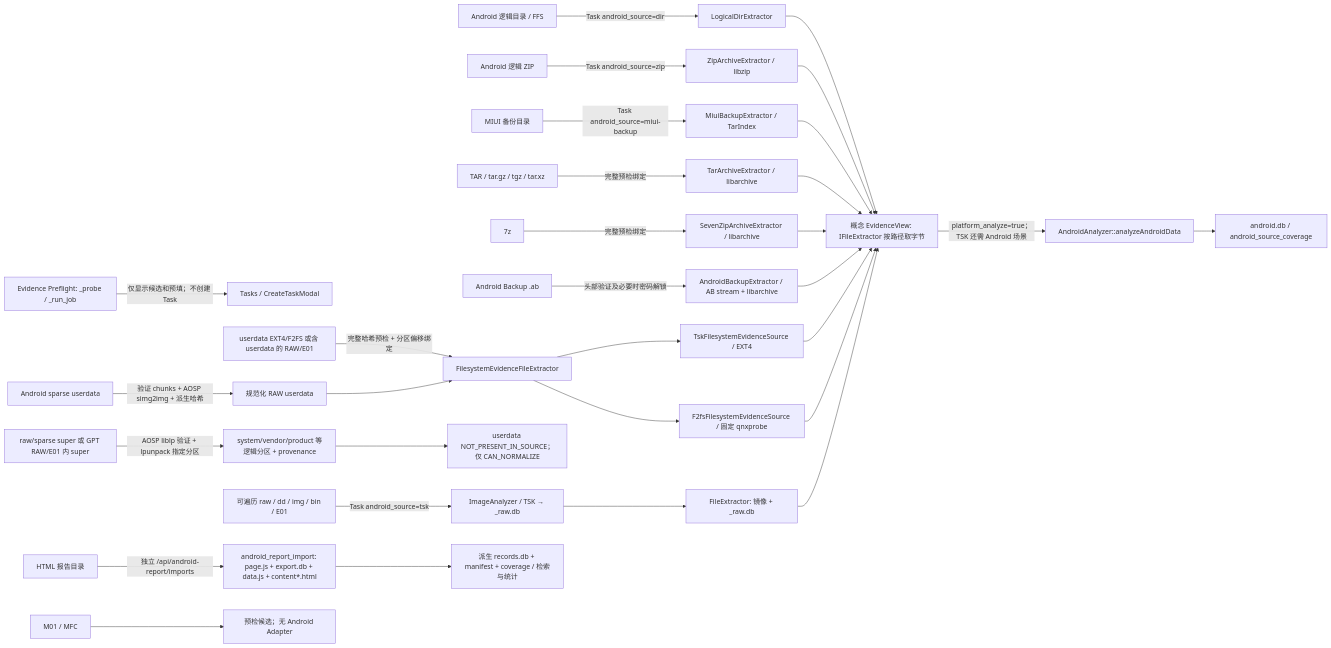
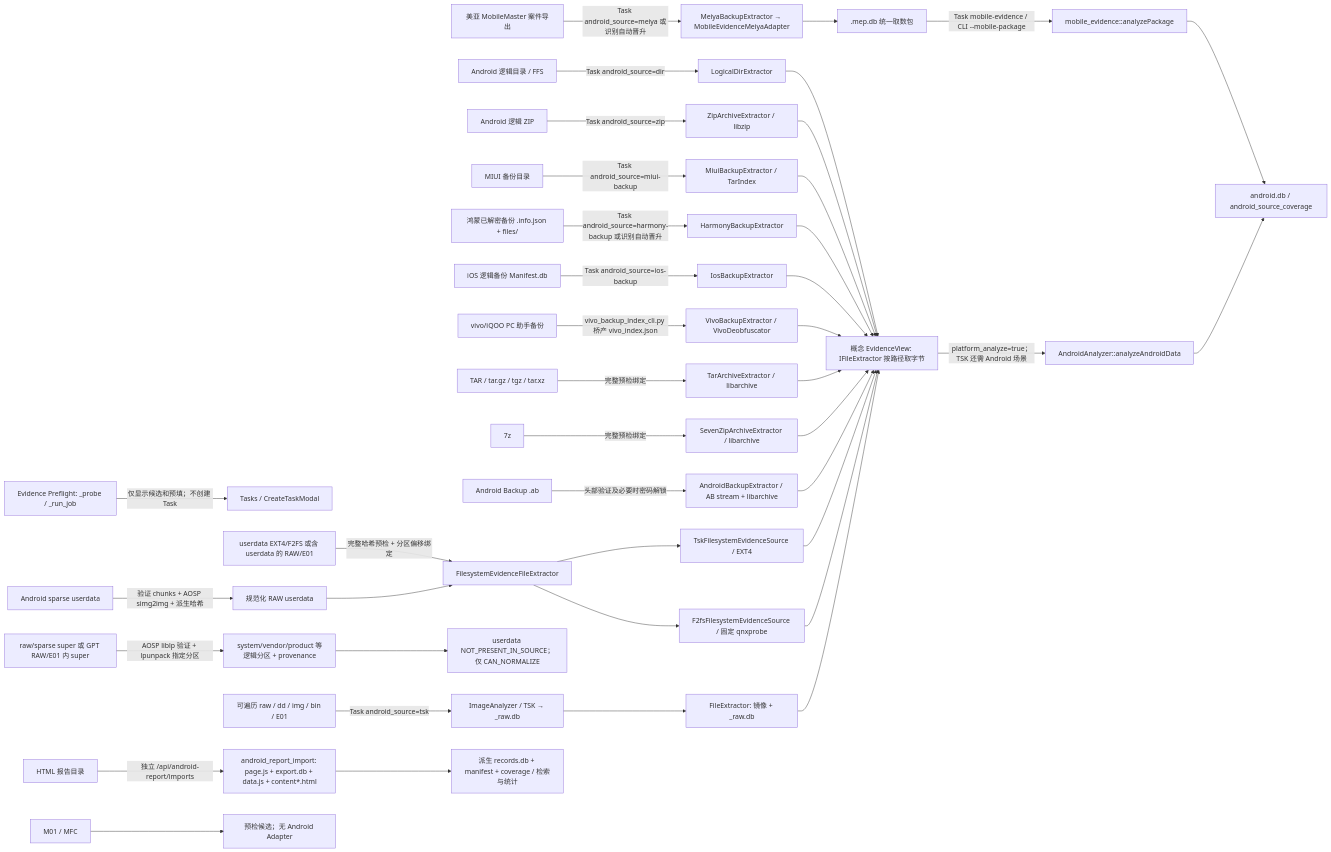
The diagram in docs/android-input-support-matrix.md (ymj68520/TraceLens), drawn with Mermaid before and after one commit. The commit also changed other lines of this file and 79 other files, not shown here.

````diff
--- a/docs/android-input-support-matrix.md
+++ b/docs/android-input-support-matrix.md
@@ -46,33 +51,43 @@
 ```mermaid
 flowchart LR
     P[Evidence Preflight: _probe / _run_job] -->|仅显示候选和预填；不创建 Task| UI[Tasks / CreateTaskModal]
     D[Android 逻辑目录 / FFS] -->|Task android_source=dir| LD[LogicalDirExtractor]
     Z[Android 逻辑 ZIP] -->|Task android_source=zip| ZE[ZipArchiveExtractor / libzip]
     M[MIUI 备份目录] -->|Task android_source=miui-backup| ME[MiuiBackupExtractor / TarIndex]
+    HB[鸿蒙已解密备份 .info.json + files/] -->|Task android_source=harmony-backup 或识别自动晋升| HBE[HarmonyBackupExtractor]
+    IOSB[iOS 逻辑备份 Manifest.db] -->|Task android_source=ios-backup| IE[IosBackupExtractor]
+    VB[vivo/iQOO PC 助手备份] -->|vivo_backup_index_cli.py 桥产 vivo_index.json| VBE[VivoBackupExtractor / VivoDeobfuscator]
+    MY[美亚 MobileMaster 案件导出] -->|Task android_source=meiya 或识别自动晋升| MX[MeiyaBackupExtractor → MobileEvidenceMeiyaAdapter]
+    MX --> PKG[.mep.db 统一取数包]
+    PKG -->|Task mobile-evidence / CLI --mobile-package| MA[mobile_evidence::analyzePackage]
+    MA --> DB
     T[TAR / tar.gz / tgz / tar.xz] -->|完整预检绑定| TE[TarArchiveExtractor / libarchive]
     S7[7z] -->|完整预检绑定| SE[SevenZipArchiveExtractor / libarchive]
     AB[Android Backup .ab] -->|头部验证及必要时密码解锁| AE[AndroidBackupExtractor / AB stream + libarchive]
     IMG[userdata EXT4/F2FS 或含 userdata 的 RAW/E01] -->|完整哈希预检 + 分区偏移绑定| FS[FilesystemEvidenceFileExtractor]
     SP[Android sparse userdata] -->|验证 chunks + AOSP simg2img + 派生哈希| RAW[规范化 RAW userdata]
     RAW --> FS
     SUPER[raw/sparse super 或 GPT RAW/E01 内 super] -->|AOSP liblp 验证 + lpunpack 指定分区| LP[system/vendor/product 等逻辑分区 + provenance]
     LP --> NC[userdata NOT_PRESENT_IN_SOURCE；仅 CAN_NORMALIZE]
     FS --> EXT[TskFilesystemEvidenceSource / EXT4]
     FS --> F2[F2fsFilesystemEvidenceSource / 固定 qnxprobe]
     I[可遍历 raw / dd / img / bin / E01] -->|Task android_source=tsk| TSK[ImageAnalyzer / TSK → _raw.db]
     TSK --> FE[FileExtractor: 镜像 + _raw.db]
     LD --> V[概念 EvidenceView: IFileExtractor 按路径取字节]
     ZE --> V
     ME --> V
+    HBE --> V
+    IE --> V
+    VBE --> V
     TE --> V
     SE --> V
     AE --> V
     EXT --> V
     F2 --> V
     FE --> V
     V -->|platform_analyze=true；TSK 还需 Android 场景| A[AndroidAnalyzer::analyzeAndroidData]
     A --> DB[android.db / android_source_coverage]
     H[HTML 报告目录] -->|独立 /api/android-report/imports| HI[android_report_import: page.js + export.db + data.js + content*.html]
     HI --> R[派生 records.db + manifest + coverage / 检索与统计]
     X[M01 / MFC] --> STOP[预检候选；无 Android Adapter]
 ```
````
